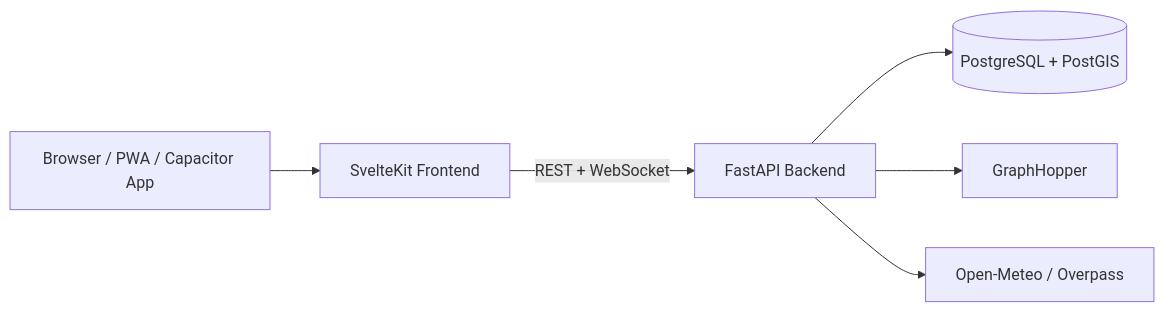
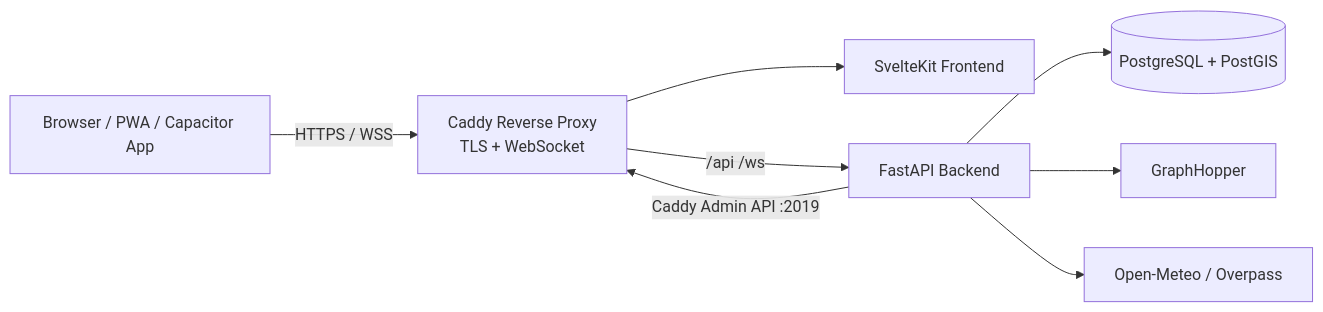
One commit to RettTechSolutions/ConvoyPlan changed the diagram in README.md. Above: the diagram before and after it, drawn with Mermaid. The commit also changed other lines of this file and 11 other files, not shown here.

````diff
--- a/README.md
+++ b/README.md
@@ -109,15 +109,18 @@
 ```mermaid
 flowchart LR
     Browser[Browser / PWA / Capacitor App]
+    Caddy[Caddy Reverse Proxy\nTLS + WebSocket]
     Frontend[SvelteKit Frontend]
     API[FastAPI Backend]
     DB[(PostgreSQL + PostGIS)]
     GH[GraphHopper]
     EXT[Open-Meteo / Overpass]
 
-    Browser --> Frontend
-    Frontend -->|REST + WebSocket| API
+    Browser -->|HTTPS / WSS| Caddy
+    Caddy -->|/api /ws| API
+    Caddy --> Frontend
     API --> DB
     API --> GH
     API --> EXT
+    API -->|Caddy Admin API :2019| Caddy
 ```
````
